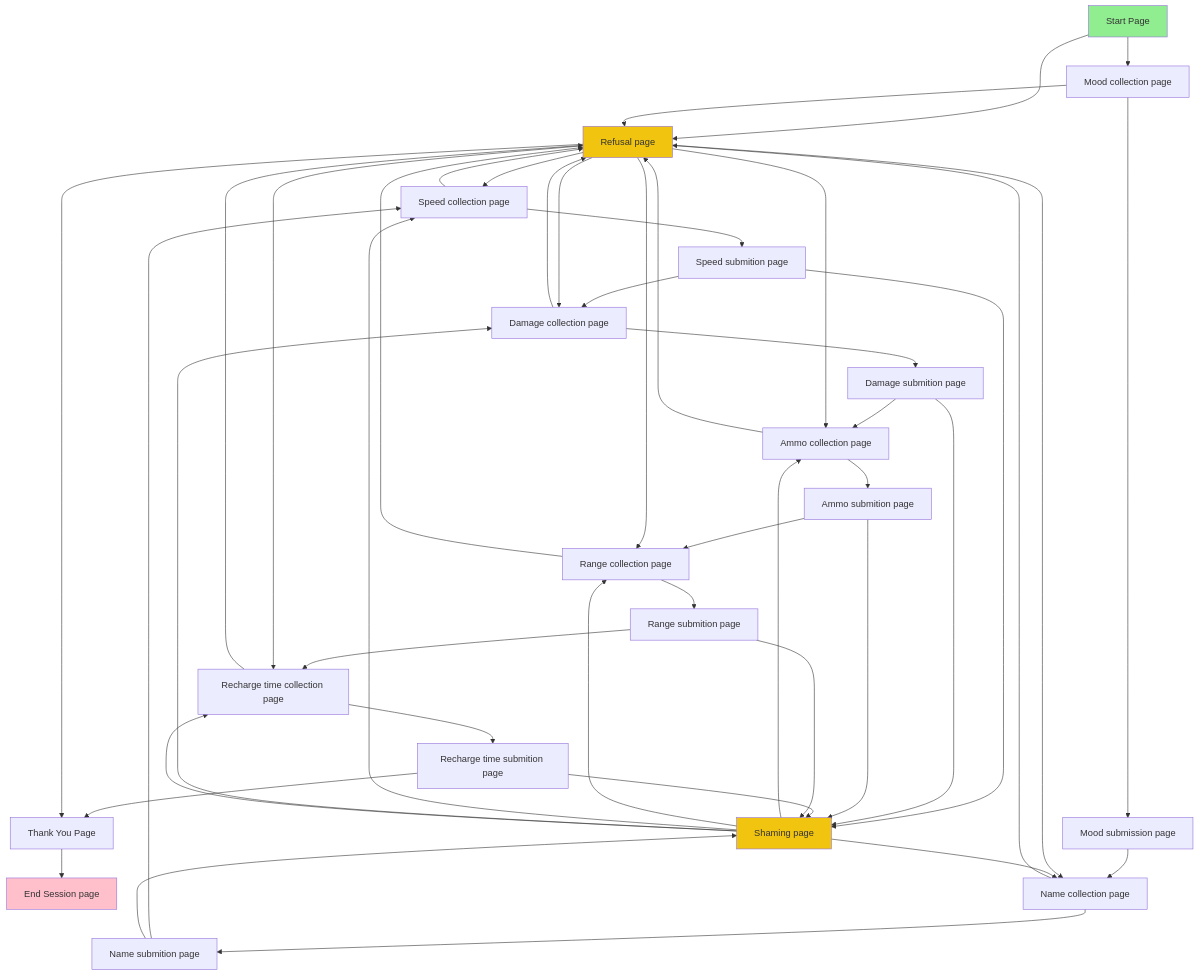
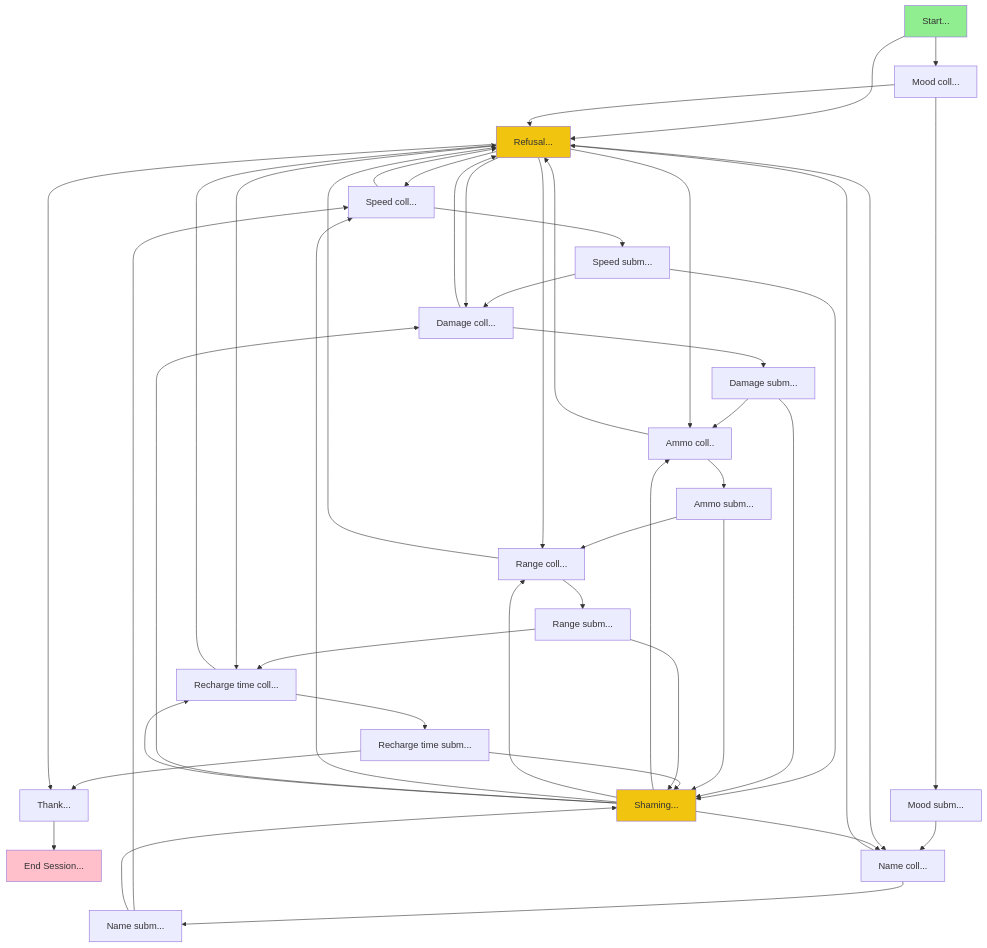
Before and after one commit to rchDev/game-of-points: the second of 2 diagrams in docs/conv-agent.md, drawn with Mermaid.

````diff
--- a/docs/conv-agent.md
+++ b/docs/conv-agent.md
@@ -49,58 +49,58 @@
 ```mermaid
 graph TD
-    StartPage["Start Page"] --> RefusalPage["Refusal page"]
-    StartPage --> UserMoodCollection["Mood collection page"]
-    RefusalPage --> WeaponSpeedCollection["Speed collection page"]
-    WeaponSpeedCollection --> WeaponSpeedSubmission["Speed submition page"]
-    WeaponSpeedSubmission --> WeaponDamageCollection["Damage collection page"]
-    WeaponDamageCollection --> WeaponDamageSubmission["Damage submition page"]
-    ShamingPage["Shaming page"] --> WeaponAmmoCollection["Ammo collection page"]
-    ThankYouPage --> EndSession["End Session page"]
-    WeaponAmmoCollection --> WeaponAmmoSubmission["Ammo submition page"]
+    StartPage["Start..."] --> RefusalPage["Refusal..."]
+    StartPage --> UserMoodCollection["Mood coll..."]
+    RefusalPage --> WeaponSpeedCollection["Speed coll..."]
+    WeaponSpeedCollection --> WeaponSpeedSubmission["Speed subm..."]
+    WeaponSpeedSubmission --> WeaponDamageCollection["Damage coll..."]
+    WeaponDamageCollection --> WeaponDamageSubmission["Damage subm..."]
+    ShamingPage["Shaming..."] --> WeaponAmmoCollection["Ammo coll.."]
+    ThankYouPage --> EndSession["End Session..."]
+    WeaponAmmoCollection --> WeaponAmmoSubmission["Ammo subm..."]
     WeaponAmmoSubmission --> WeaponRangeCollection
-    ShamingPage --> WeaponRangeCollection["Range collection page"]
-    WeaponRangeCollection --> WeaponRangeSubmission["Range submition page"]
-    WeaponRangeSubmission --> WeaponRechargeTimeCollection["Recharge time collection page"]
-    WeaponRechargeTimeCollection --> WeaponRechargeTimeSubmission["Recharge time submition page"]
-    WeaponRechargeTimeSubmission --> ThankYouPage["Thank You Page"]
+    ShamingPage --> WeaponRangeCollection["Range coll..."]
+    WeaponRangeCollection --> WeaponRangeSubmission["Range subm..."]
+    WeaponRangeSubmission --> WeaponRechargeTimeCollection["Recharge time coll..."]
+    WeaponRechargeTimeCollection --> WeaponRechargeTimeSubmission["Recharge time subm..."]
+    WeaponRechargeTimeSubmission --> ThankYouPage["Thank..."]
     RefusalPage --> ThankYouPage
 
-    UserMoodCollection --> UserMoodSubmission["Mood submission page"]
-    UserMoodSubmission --> WeaponNameCollection["Name collection page"]
-    WeaponNameCollection --> WeaponNameSubmission["Name submition page"]
+    UserMoodCollection --> UserMoodSubmission["Mood subm..."]
+    UserMoodSubmission --> WeaponNameCollection["Name coll..."]
+    WeaponNameCollection --> WeaponNameSubmission["Name subm..."]
     WeaponNameSubmission --> WeaponSpeedCollection
     WeaponDamageSubmission --> WeaponAmmoCollection
 
     UserMoodCollection --> RefusalPage
     WeaponNameCollection --> RefusalPage
     WeaponSpeedCollection --> RefusalPage
     WeaponDamageCollection --> RefusalPage
     WeaponAmmoCollection --> RefusalPage
     WeaponRangeCollection --> RefusalPage
     WeaponRechargeTimeCollection --> RefusalPage
 
     RefusalPage --> WeaponNameCollection
     RefusalPage --> WeaponDamageCollection
     RefusalPage --> WeaponAmmoCollection
     RefusalPage --> WeaponRangeCollection
     RefusalPage --> WeaponRechargeTimeCollection
 
     WeaponNameSubmission --> ShamingPage
     WeaponSpeedSubmission --> ShamingPage
     WeaponDamageSubmission --> ShamingPage
     WeaponAmmoSubmission --> ShamingPage
     WeaponRechargeTimeSubmission --> ShamingPage
     WeaponRangeSubmission --> ShamingPage
 
 
     ShamingPage --> WeaponNameCollection
     ShamingPage --> WeaponSpeedCollection
     ShamingPage --> WeaponDamageCollection
     ShamingPage --> WeaponRechargeTimeCollection
 
     %% --- styles ---
     style StartPage fill:#90EE90
     style EndSession fill:pink
     style RefusalPage fill:#f1c40f
     style ShamingPage fill:#f1c40f
 ```
````
